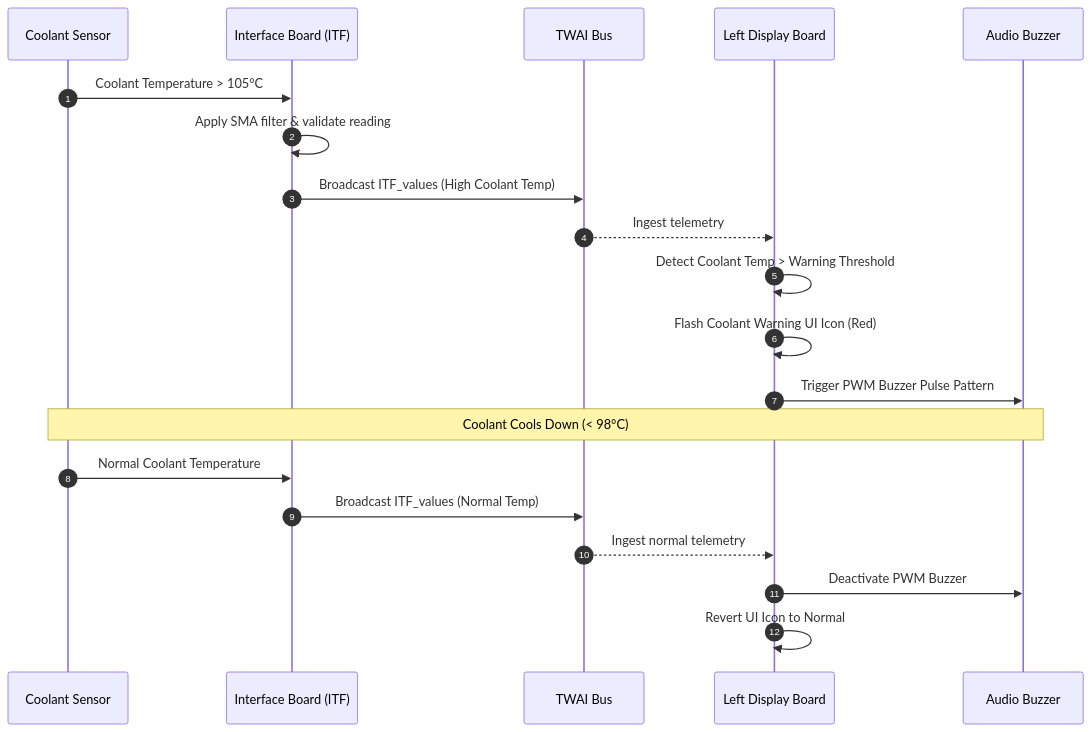
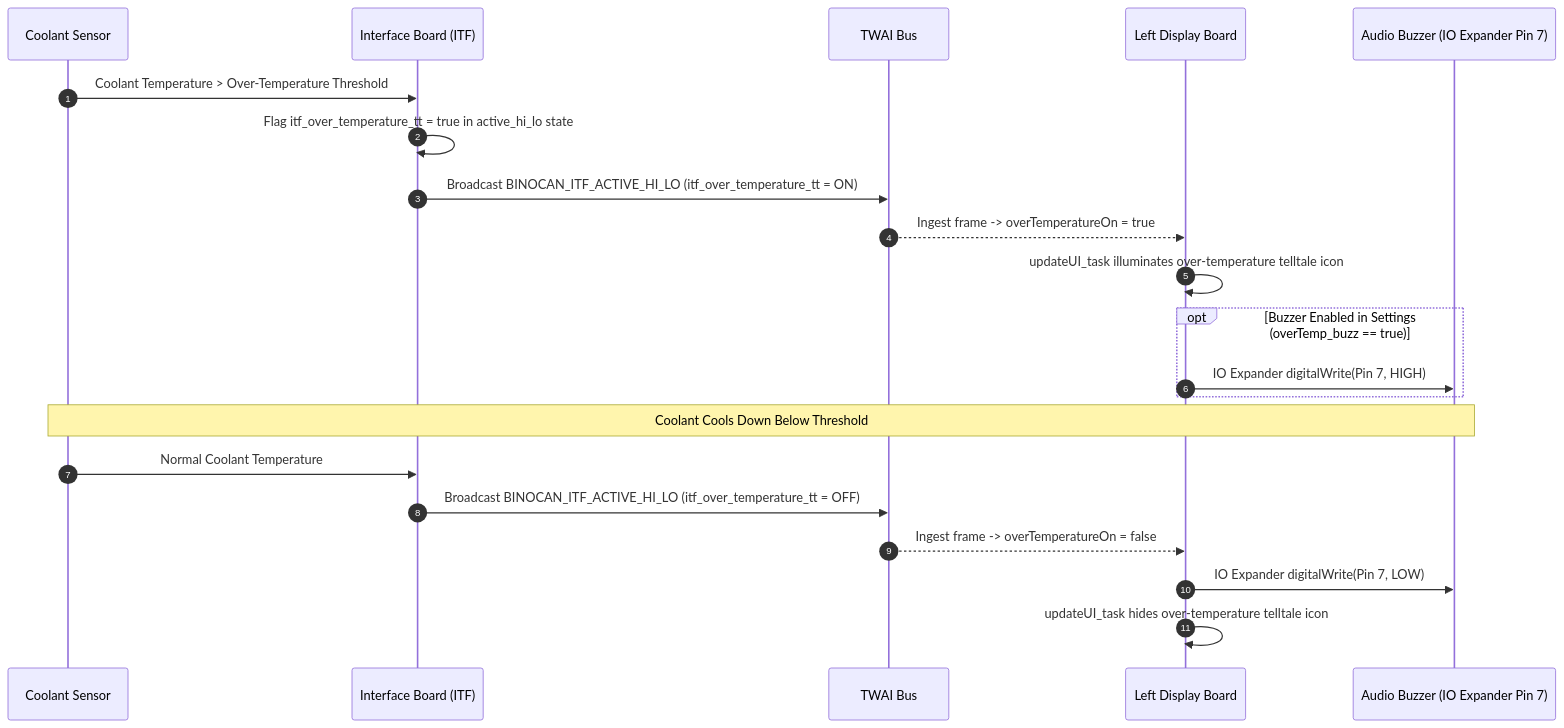
Before and after one commit to martinroger/vx-binocle-espidf: the third of 4 diagrams in docs/SCENARIOS.md, drawn with Mermaid. The commit also changed other lines of this file and 10 other files, not shown here.

````diff
--- a/docs/SCENARIOS.md
+++ b/docs/SCENARIOS.md
@@ -67,25 +81,26 @@
 ```mermaid
 sequenceDiagram
     autonumber
     participant SENS as Coolant Sensor
     participant ITF as Interface Board (ITF)
     participant CAN as TWAI Bus
     participant LDB as Left Display Board
-    participant BUZZ as Audio Buzzer
+    participant BUZZ as Audio Buzzer (IO Expander Pin 7)
 
-    SENS->>ITF: Coolant Temperature > 105°C
-    ITF->>ITF: Apply SMA filter & validate reading
-    ITF->>CAN: Broadcast ITF_values (High Coolant Temp)
-    CAN-->>LDB: Ingest telemetry
+    SENS->>ITF: Coolant Temperature > Over-Temperature Threshold
+    ITF->>ITF: Flag itf_over_temperature_tt = true in active_hi_lo state
+    ITF->>CAN: Broadcast BINOCAN_ITF_ACTIVE_HI_LO (itf_over_temperature_tt = ON)
+    CAN-->>LDB: Ingest frame -> overTemperatureOn = true
     
-    LDB->>LDB: Detect Coolant Temp > Warning Threshold
-    LDB->>LDB: Flash Coolant Warning UI Icon (Red)
-    LDB->>BUZZ: Trigger PWM Buzzer Pulse Pattern
+    LDB->>LDB: updateUI_task illuminates over-temperature telltale icon
+    opt Buzzer Enabled in Settings (overTemp_buzz == true)
+        LDB->>BUZZ: IO Expander digitalWrite(Pin 7, HIGH)
+    end
     
-    Note over SENS, BUZZ: Coolant Cools Down (< 98°C)
+    Note over SENS, BUZZ: Coolant Cools Down Below Threshold
     SENS->>ITF: Normal Coolant Temperature
-    ITF->>CAN: Broadcast ITF_values (Normal Temp)
-    CAN-->>LDB: Ingest normal telemetry
-    LDB->>BUZZ: Deactivate PWM Buzzer
-    LDB->>LDB: Revert UI Icon to Normal
+    ITF->>CAN: Broadcast BINOCAN_ITF_ACTIVE_HI_LO (itf_over_temperature_tt = OFF)
+    CAN-->>LDB: Ingest frame -> overTemperatureOn = false
+    LDB->>BUZZ: IO Expander digitalWrite(Pin 7, LOW)
+    LDB->>LDB: updateUI_task hides over-temperature telltale icon
 ```
````
